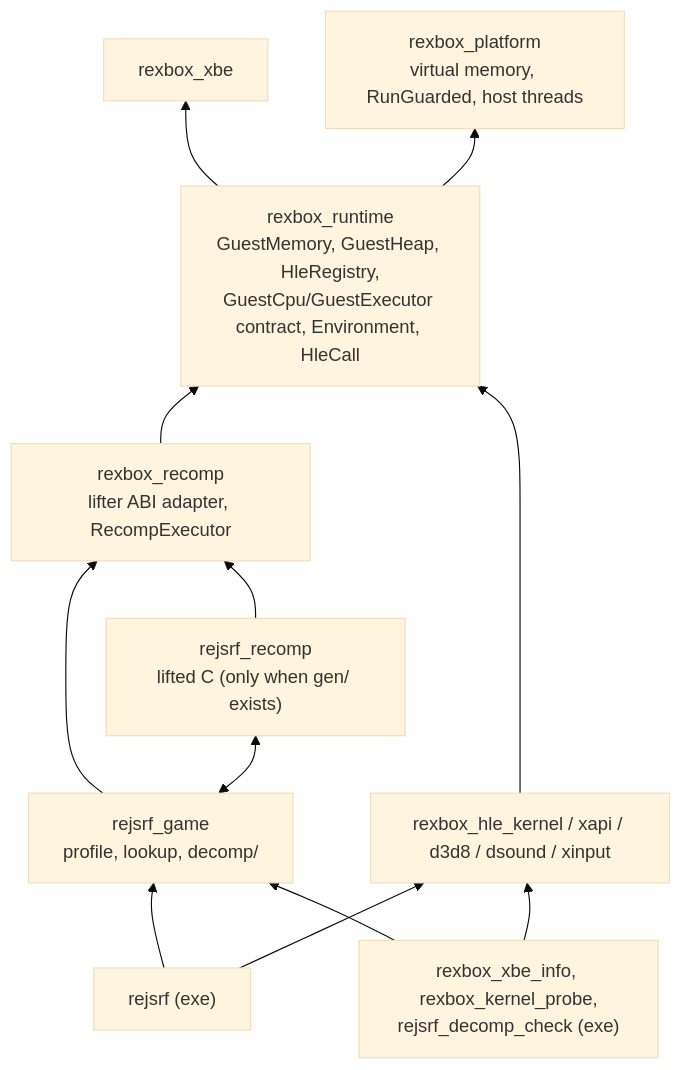
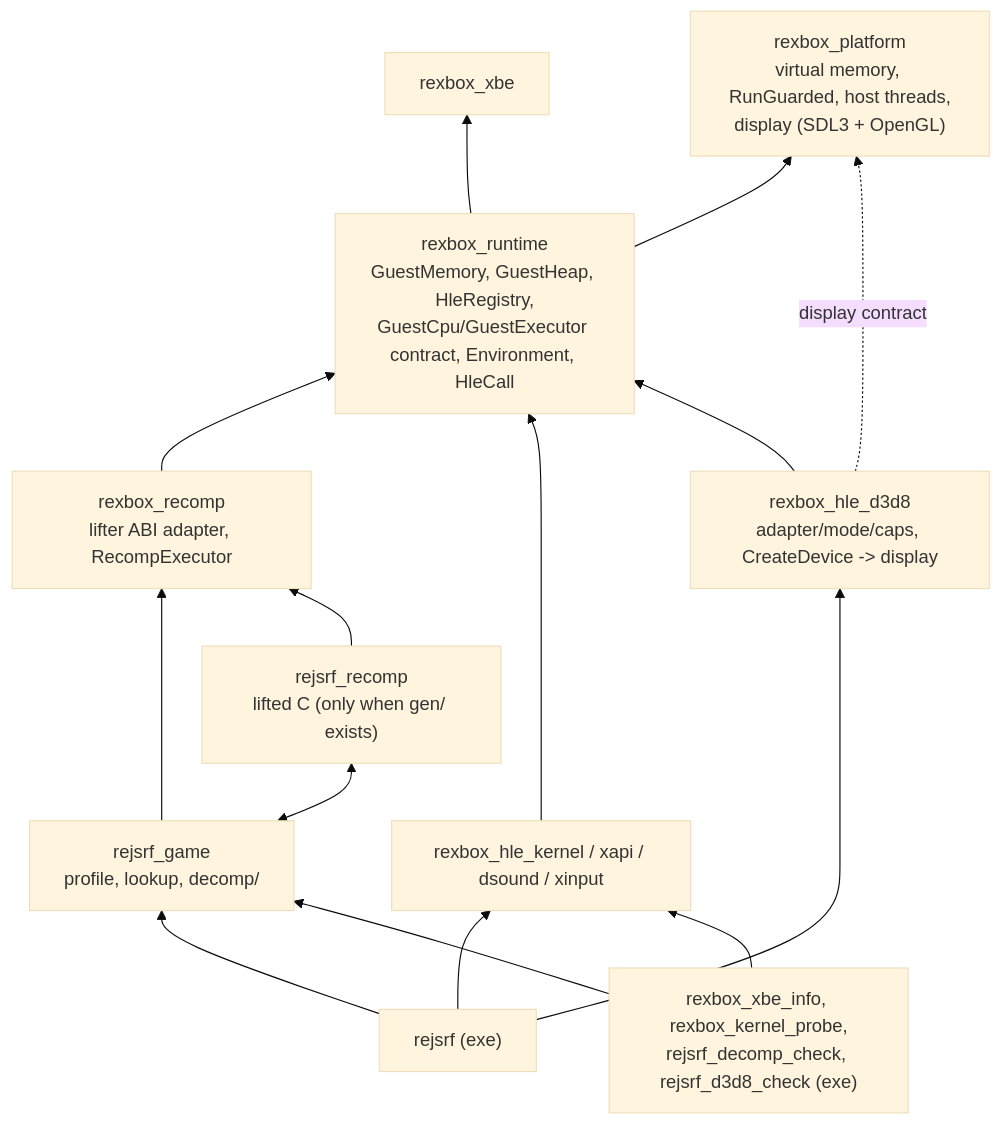
The first of 3 diagrams in ARCHITECTURE.md (nworkers/reJSRF), drawn with Mermaid (base theme) before and after one commit. The commit also changed other lines of this file and 35 other files, not shown here.

First line of the commit message:
v0.0.3: D3D8 HLE first batch with SDL3 + OpenGL display (#11)

````diff
--- a/ARCHITECTURE.md
+++ b/ARCHITECTURE.md
@@ -7,24 +7,28 @@
 ```mermaid
 flowchart BT
-    PLAT["rexbox_platform<br/>virtual memory, RunGuarded, host threads"]
+    PLAT["rexbox_platform<br/>virtual memory, RunGuarded, host threads,<br/>display (SDL3 + OpenGL)"]
     XBE["rexbox_xbe"]
     RT["rexbox_runtime<br/>GuestMemory, GuestHeap, HleRegistry,<br/>GuestCpu/GuestExecutor contract, Environment, HleCall"]
     REC["rexbox_recomp<br/>lifter ABI adapter, RecompExecutor"]
-    HLE["rexbox_hle_kernel / xapi / d3d8 / dsound / xinput"]
+    HLE["rexbox_hle_kernel / xapi / dsound / xinput"]
+    D3D["rexbox_hle_d3d8<br/>adapter/mode/caps, CreateDevice -> display"]
     GAME["rejsrf_game<br/>profile, lookup, decomp/"]
     GEN["rejsrf_recomp<br/>lifted C (only when gen/ exists)"]
     APP["rejsrf (exe)"]
-    TOOLS["rexbox_xbe_info, rexbox_kernel_probe,<br/>rejsrf_decomp_check (exe)"]
+    TOOLS["rexbox_xbe_info, rexbox_kernel_probe,<br/>rejsrf_decomp_check, rejsrf_d3d8_check (exe)"]
 
     RT --> XBE
     RT --> PLAT
     REC --> RT
     HLE --> RT
+    D3D --> RT
+    D3D -. "display contract" .-> PLAT
     GAME --> REC
     GAME <--> GEN
     GEN --> REC
     APP --> GAME
     APP --> HLE
+    APP --> D3D
     TOOLS --> HLE
     TOOLS --> GAME
 ```
````
